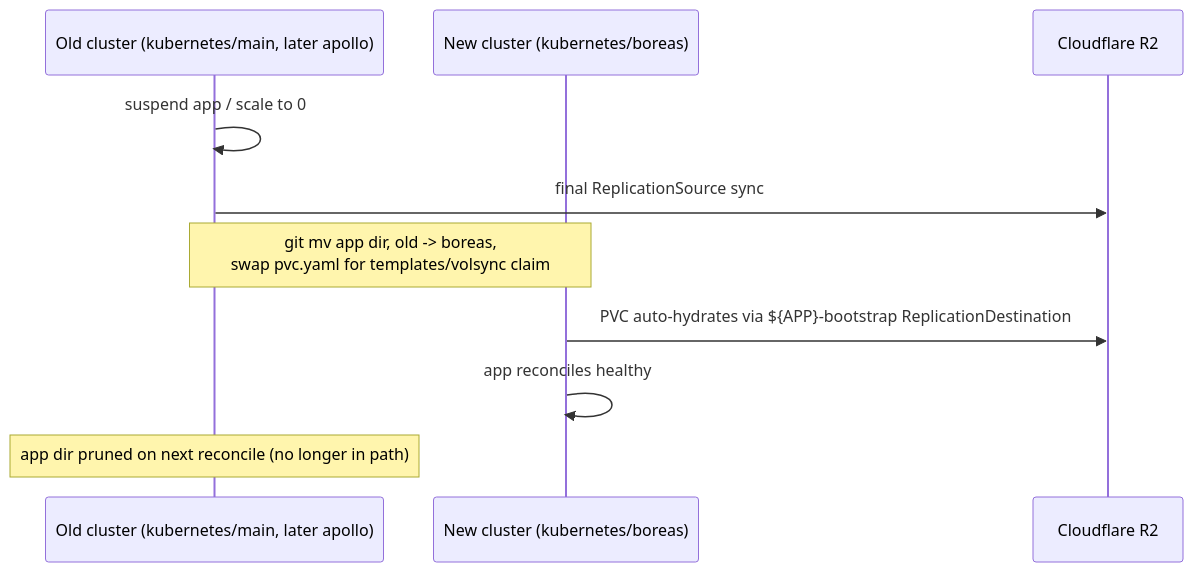
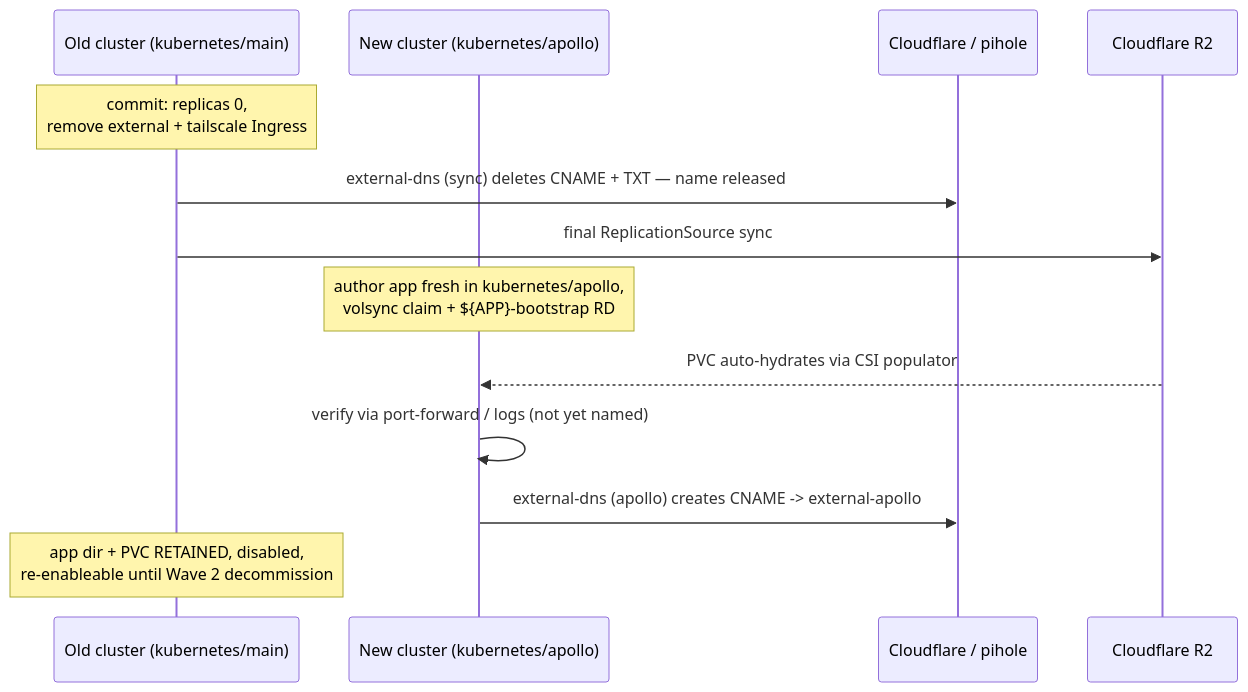
The third of 3 diagrams in plans/20260816-talos-migration.md (evanmoelter/hcc), drawn with Mermaid before and after one commit. The commit also changed other lines of this file and 1 other file, not shown here.

First line of the commit message:
plan: rebuild apps on new cluster, name it apollo, fix DNS cutover

````diff
--- a/plans/20260816-talos-migration.md
+++ b/plans/20260816-talos-migration.md
@@ -153,13 +258,16 @@
 ```mermaid
 sequenceDiagram
-    participant Old as Old cluster (kubernetes/main, later apollo)
-    participant New as New cluster (kubernetes/boreas)
+    participant Old as Old cluster (kubernetes/main)
+    participant New as New cluster (kubernetes/apollo)
+    participant DNS as Cloudflare / pihole
     participant R2 as Cloudflare R2
 
-    Old->>Old: suspend app / scale to 0
+    Note over Old: commit: replicas 0,<br/>remove external + tailscale Ingress
+    Old->>DNS: external-dns (sync) deletes CNAME + TXT — name released
     Old->>R2: final ReplicationSource sync
-    Note over Old,New: git mv app dir, old -> boreas,<br/>swap pvc.yaml for templates/volsync claim
-    New->>R2: PVC auto-hydrates via ${APP}-bootstrap ReplicationDestination
-    New->>New: app reconciles healthy
-    Note over Old: app dir pruned on next reconcile (no longer in path)
+    Note over New: author app fresh in kubernetes/apollo,<br/>volsync claim + ${APP}-bootstrap RD
+    R2-->>New: PVC auto-hydrates via CSI populator
+    New->>New: verify via port-forward / logs (not yet named)
+    New->>DNS: external-dns (apollo) creates CNAME -> external-apollo
+    Note over Old: app dir + PVC RETAINED, disabled,<br/>re-enableable until Wave 2 decommission
 ```
````
